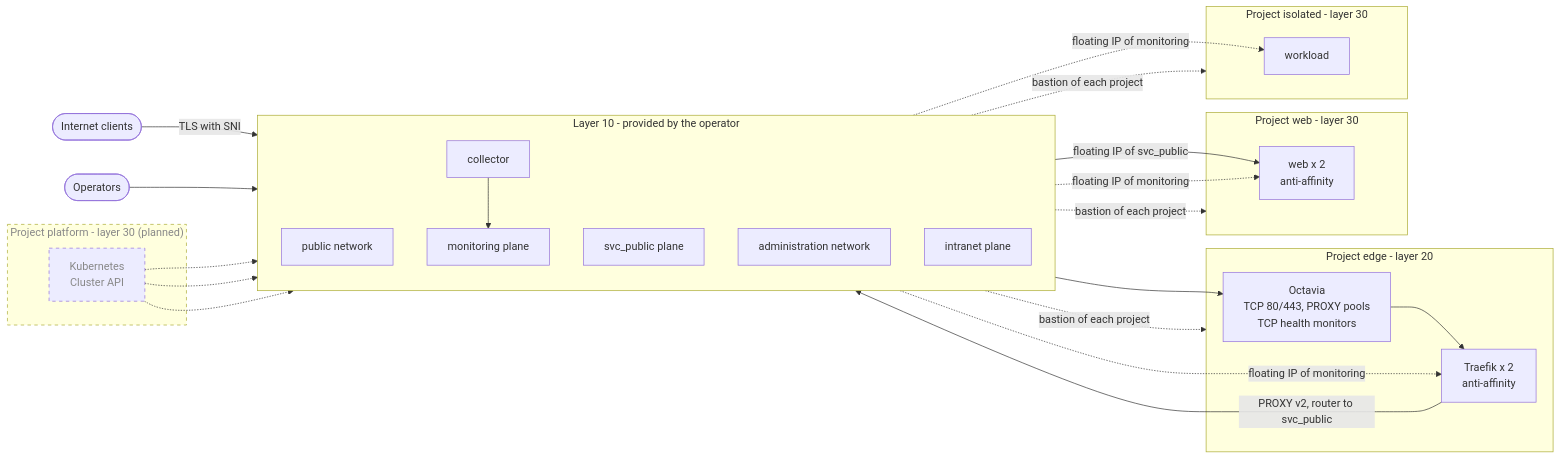
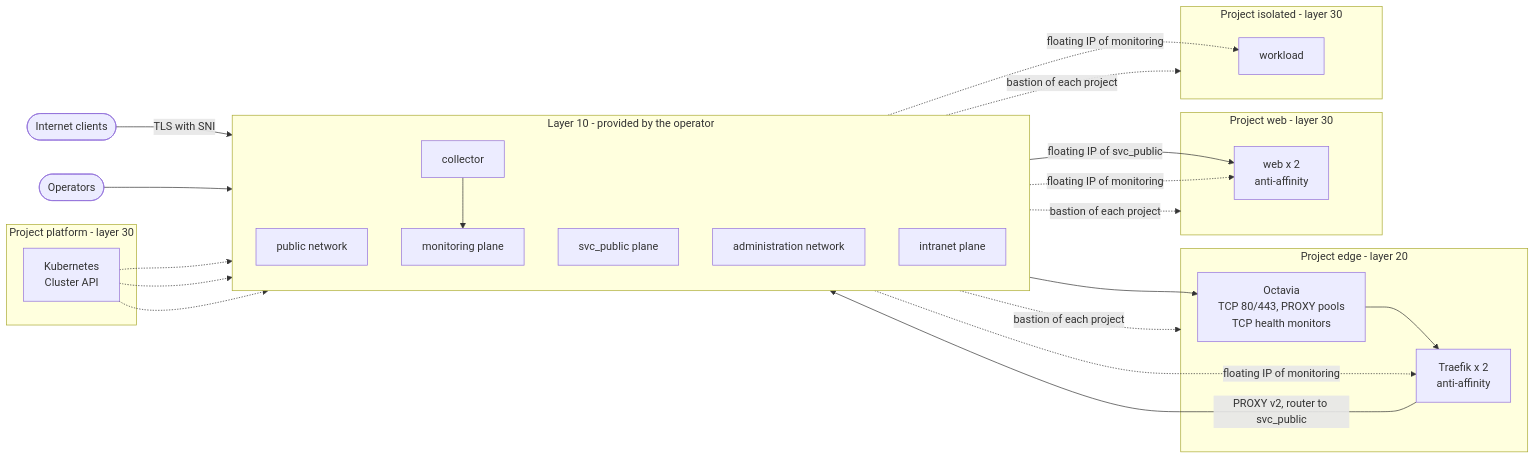
One commit to CyprisTech/openstack-multitenant-reference changed the first of 8 diagrams in docs/architecture.md. Above: the diagram before and after it, drawn with Mermaid. The commit also changed other lines of this file and 6 other files, not shown here.

````diff
--- a/docs/architecture.md
+++ b/docs/architecture.md
@@ -14,44 +14,42 @@
 ```mermaid
 flowchart LR
     U(["Internet clients"])
     OPS(["Operators"])
 
     subgraph L10["Layer 10 - provided by the operator"]
         direction TB
         PUB["public network"]
         SVC["svc_public plane"]
         MON["monitoring plane"]
         ADM["administration network"]
         COL["collector"]
         INT["intranet plane"]
     end
 
     subgraph EDGE["Project edge - layer 20"]
         LB["Octavia<br/>TCP 80/443, PROXY pools<br/>TCP health monitors"]
         T["Traefik x 2<br/>anti-affinity"]
         LB --> T
     end
 
     subgraph WEB["Project web - layer 30"]
         W["web x 2<br/>anti-affinity"]
     end
 
     subgraph ISO["Project isolated - layer 30"]
         J["workload"]
     end
 
-    subgraph PLAT["Project platform - layer 30 (planned)"]
+    subgraph PLAT["Project platform - layer 30"]
         K["Kubernetes<br/>Cluster API"]
     end
 
     U -->|"TLS with SNI"| PUB --> LB
     T -->|"PROXY v2, router to svc_public"| SVC
     SVC -->|"floating IP of svc_public"| W
     COL --> MON
     MON -.->|"floating IP of monitoring"| T & W & J
     OPS --> ADM -.->|"bastion of each project"| EDGE & WEB & ISO
     K -.-> SVC & INT & MON
 
-    classDef planned stroke-dasharray: 5 5,color:#888
-    class PLAT,K planned
 ```
````
